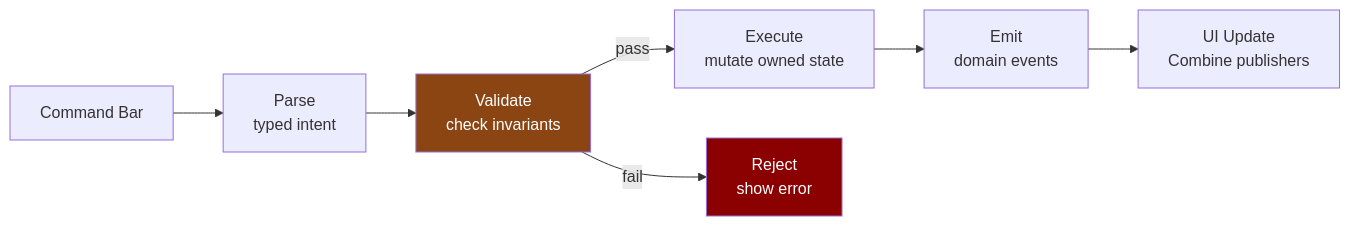
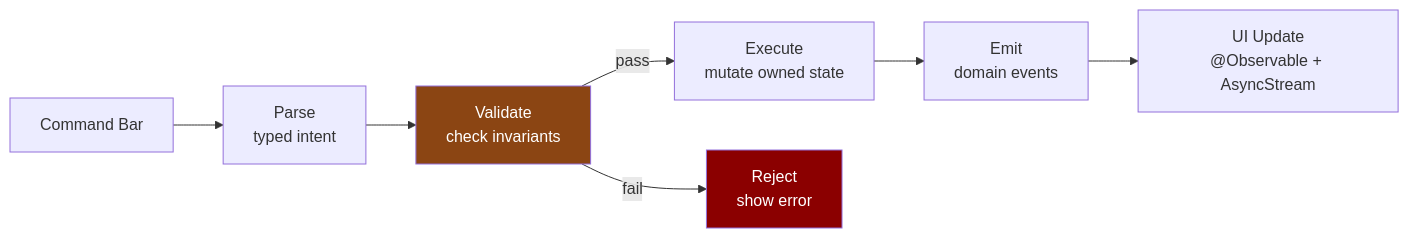
One commit to ShravanSunder/agentstudio changed the fourth of 6 diagrams in docs/architecture/window_system_design.md. Above: the diagram before and after it, drawn with Mermaid. The commit also changed other lines of this file and 19 other files, not shown here.

First line of the commit message:
docs: architecture docs, directory structure spec, Linear paradigm (#33)

````diff
--- a/docs/architecture/window_system_design.md
+++ b/docs/architecture/window_system_design.md
@@ -918,12 +918,12 @@
 ```mermaid
 flowchart LR
     CB[Command Bar] --> P[Parse<br/>typed intent]
     P --> V[Validate<br/>check invariants]
     V -->|pass| E[Execute<br/>mutate owned state]
     V -->|fail| R[Reject<br/>show error]
     E --> EM[Emit<br/>domain events]
-    EM --> UI[UI Update<br/>Combine publishers]
+    EM --> UI[UI Update<br/>@Observable + AsyncStream]
 
     style V fill:#8b4513,color:#fff
     style R fill:#8b0000,color:#fff
 ```
````
